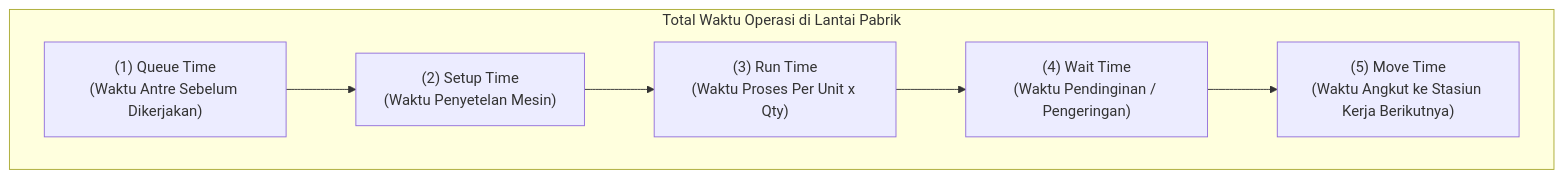
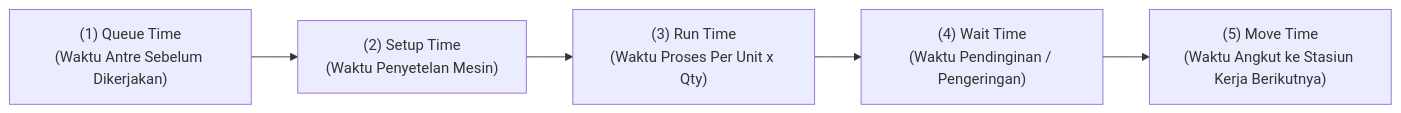
Before and after one commit to alimurrofid/erp-notes: the second of 3 diagrams in content/06-manufacturing/routing-and-work-center.md, drawn with Mermaid. The commit also changed other lines of this file and 58 other files, not shown here.

Commit message:
fix(content):Mermaid Subgraph

````diff
--- a/content/06-manufacturing/routing-and-work-center.md
+++ b/content/06-manufacturing/routing-and-work-center.md
@@ -69,11 +69,9 @@
 ```mermaid
 flowchart LR
-    subgraph TotalLeadTime["Total Waktu Operasi di Lantai Pabrik"]
         direction LR
         Queue["(1) Queue Time<br/>(Waktu Antre Sebelum Dikerjakan)"]
         --> Setup["(2) Setup Time<br/>(Waktu Penyetelan Mesin)"]
         --> Run["(3) Run Time<br/>(Waktu Proses Per Unit x Qty)"]
         --> Wait["(4) Wait Time<br/>(Waktu Pendinginan / Pengeringan)"]
         --> Move["(5) Move Time<br/>(Waktu Angkut ke Stasiun Kerja Berikutnya)"]
-    end
 ```
````
